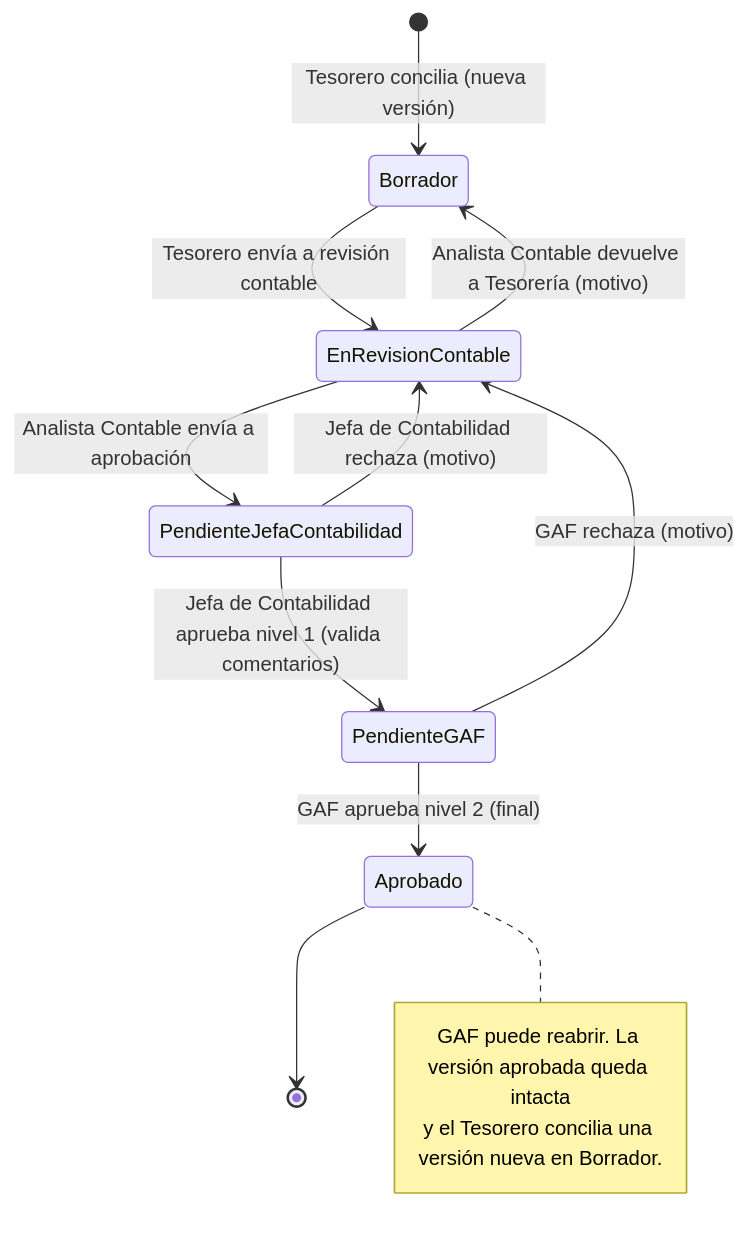
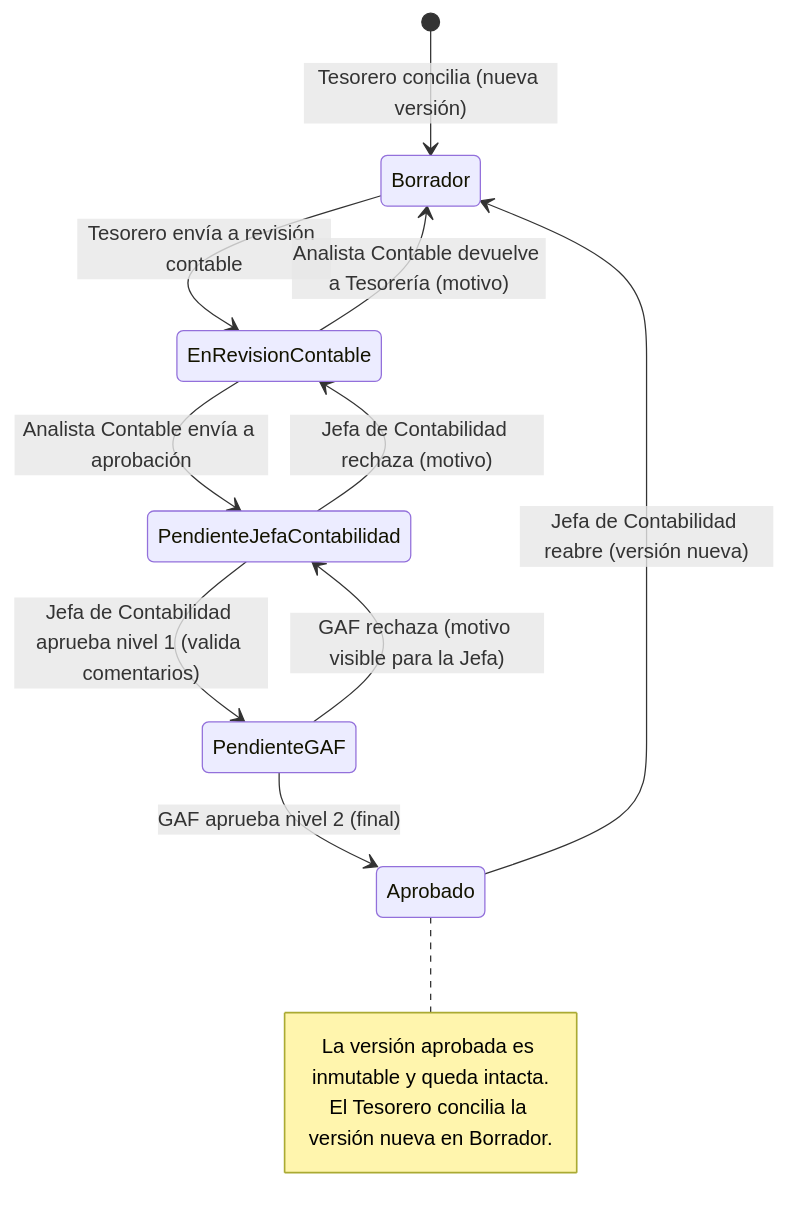
One commit to miguel-cortes-14/conciliasii changed the third of 3 diagrams in docs/arquitectura.md. Above: the diagram before and after it, drawn with Mermaid. The commit also changed other lines of this file and 5 other files, not shown here.

````diff
--- a/docs/arquitectura.md
+++ b/docs/arquitectura.md
@@ -445,16 +447,16 @@
 ```mermaid
 stateDiagram-v2
   [*] --> Borrador : Tesorero concilia (nueva versión)
   Borrador --> EnRevisionContable : Tesorero envía a revisión contable
   EnRevisionContable --> PendienteJefaContabilidad : Analista Contable envía a aprobación
   EnRevisionContable --> Borrador : Analista Contable devuelve a Tesorería (motivo)
   PendienteJefaContabilidad --> PendienteGAF : Jefa de Contabilidad aprueba nivel 1 (valida comentarios)
   PendienteJefaContabilidad --> EnRevisionContable : Jefa de Contabilidad rechaza (motivo)
   PendienteGAF --> Aprobado : GAF aprueba nivel 2 (final)
-  PendienteGAF --> EnRevisionContable : GAF rechaza (motivo)
-  Aprobado --> [*]
+  PendienteGAF --> PendienteJefaContabilidad : GAF rechaza (motivo visible para la Jefa)
+  Aprobado --> Borrador : Jefa de Contabilidad reabre (versión nueva)
   note right of Aprobado
-    GAF puede reabrir. La versión aprobada queda intacta
-    y el Tesorero concilia una versión nueva en Borrador.
+    La versión aprobada es inmutable y queda intacta.
+    El Tesorero concilia la versión nueva en Borrador.
   end note
 ```
````
